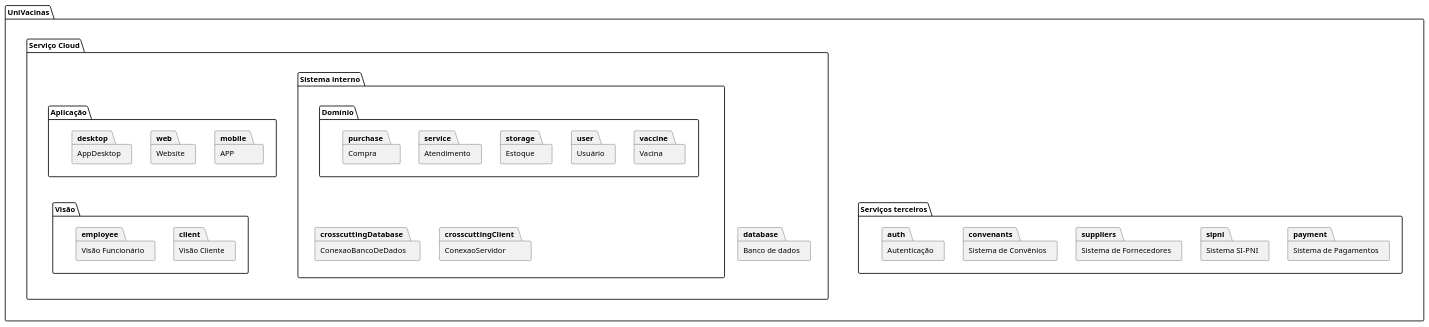
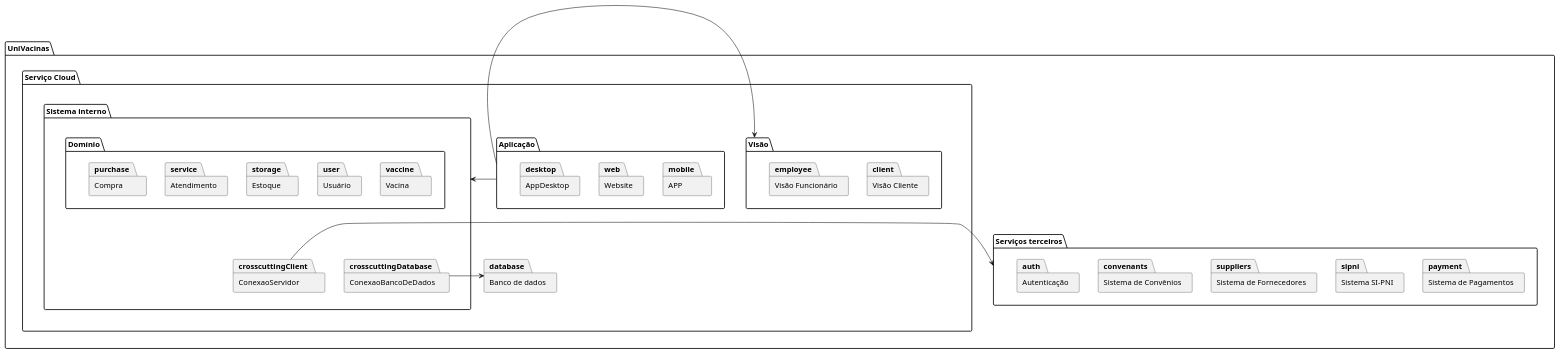
One commit to belcogo/desenv-software-diagramas changed the diagram in diagrama-pacotes.PLANTUML. Above: the diagram before and after it, drawn with PlantUML.

Commit message:
fix: ajuste diagrama package

```diff
--- a/diagrama-pacotes.PLANTUML
+++ b/diagrama-pacotes.PLANTUML
@@ -1,68 +1,70 @@
 @startuml
 package system as "UniVacinas" {
-	together {
-		package   externalServices as  "Serviços terceiros" {
-			package  payment  as "Sistema de Pagamentos" {
-			}
-			package  sipni  as "Sistema SI-PNI" {
-			}
-			package  suppliers  as "Sistema de Fornecedores" {
-			}
-			package  convenants as  "Sistema de Convênios" {
-			}
-			package  auth as  "Autenticação" {
-			}
-		}
-	}
-	together {
-		package cloud as "Serviço Cloud" {
-			package internalSystem as "Sistema interno" {
-				package domain as "Domínio" {
-				        package vaccine as "Vacina" {
-				        }
-				        package user as "Usuário" {
-				        }
-				        package storage as "Estoque" {
-				        }
-				        package service as "Atendimento" {
-				        }
-				        package purchase as "Compra" {
-				        }
+	package cloud as "Serviço Cloud" {
+
+		together {
+			package presentationView as "Visão" {
+				package client as "Visão Cliente" {
 				}
-				together {
-					package crosscuttingClient as "ConexaoServidor" {
-					}
-					package crosscuttingDatabase as "ConexaoBancoDeDados" {
-					}
+				package employee as "Visão Funcionário" {
 				}
 			}
 			package interface as "Aplicação" {
 				package mobile as "APP" {
 				}
 				package web as "Website" {
 				}
 				package desktop as "AppDesktop" {
 				}
 			}
 
-			together {
-				package presentationView as "Visão" {
-					package client as "Visão Cliente" {
-					}
-					package employee as "Visão Funcionário" {
-					}
+		}
+		package internalSystem as "Sistema interno" {
+			package domain as "Domínio" {
+				package vaccine as "Vacina" {
+				}
+				package user as "Usuário" {
+				}
+				package storage as "Estoque" {
+				}
+				package service as "Atendimento" {
+				}
+				package purchase as "Compra" {
 				}
 			}
+			together {
+				package crosscuttingClient as "ConexaoServidor" {
+				}
+				package crosscuttingDatabase as "ConexaoBancoDeDados" {
+				}
+			}
+		}
+		package database as "Banco de dados" {
+		}
 
-			package database as "Banco de dados" {
-			}
+	}
+	package   externalServices as  "Serviços terceiros" {
+		package  payment  as "Sistema de Pagamentos" {
+		}
+		package  sipni  as "Sistema SI-PNI" {
+		}
+		package  suppliers  as "Sistema de Fornecedores" {
+		}
+		package  convenants as  "Sistema de Convênios" {
+		}
+		package  auth as  "Autenticação" {
 		}
 	}
 }
 
+
+domain -[hidden]-> crosscuttingDatabase
+internalSystem -[hidden]-> database
 cloud -[hidden]-> externalServices
-domain -[hidden]-> crosscuttingClient
-interface -[hidden]-> presentationView
-internalSystem -[hidden]-> database
+
+interface -> presentationView
+interface -> internalSystem
+crosscuttingDatabase -> database
+crosscuttingClient -> externalServices
 
 @enduml
```
